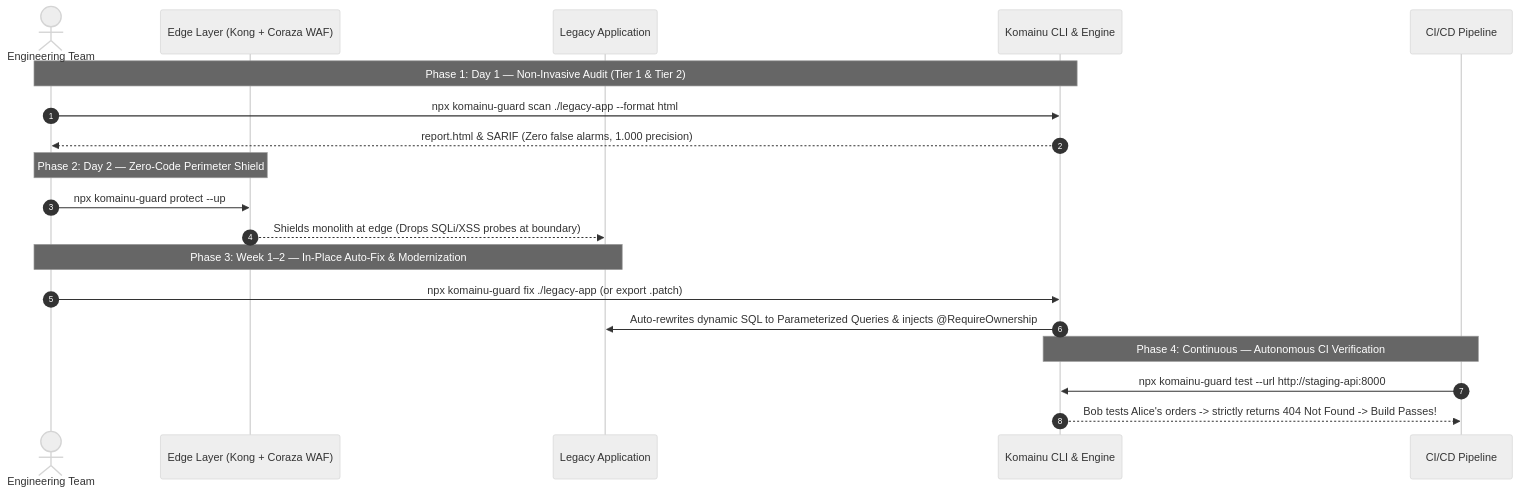
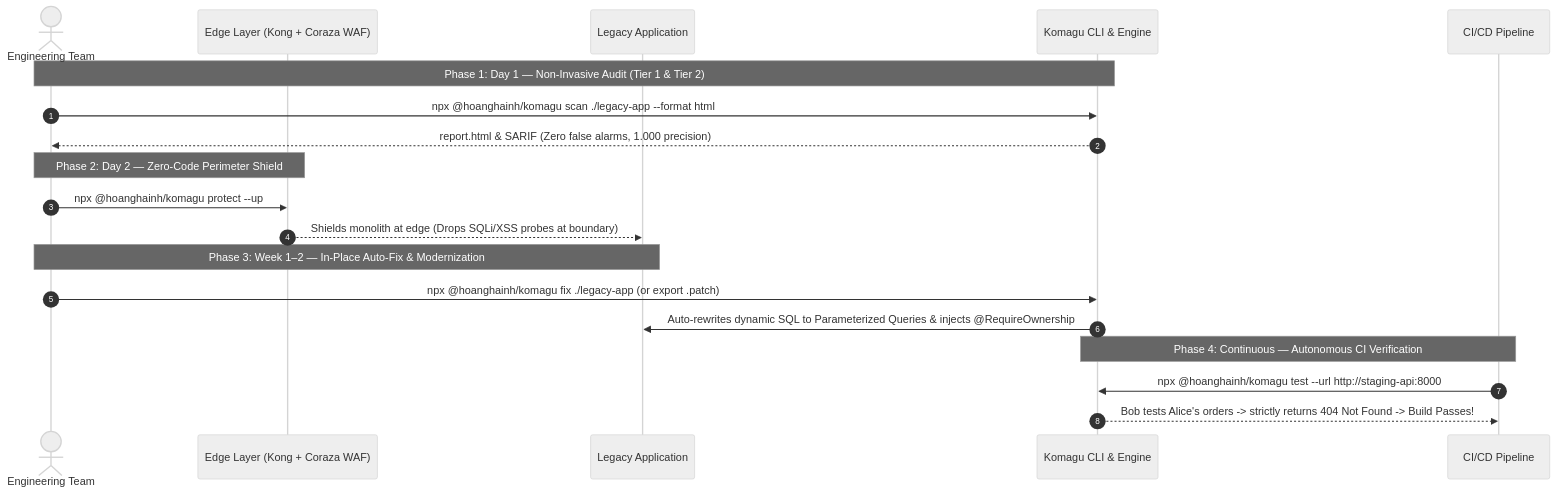
The diagram in README.md (hoanghainh1188/komagu), drawn with Mermaid (neutral theme) before and after one commit. The commit also changed other lines of this file and 56 other files, not shown here.

Commit message:
docs: rename LSA, contracts, docs and demo app to Komagu; add ADR-0007 (#303)

````diff
--- a/README.md
+++ b/README.md
@@ -59,25 +59,25 @@
 ```mermaid
 sequenceDiagram
     autonumber
     actor Team as Engineering Team
     participant Edge as Edge Layer (Kong + Coraza WAF)
     participant Legacy as Legacy Application
-    participant Komainu as Komainu CLI & Engine
+    participant Komagu as Komagu CLI & Engine
     participant CI as CI/CD Pipeline
 
-    Note over Team,Komainu: Phase 1: Day 1 — Non-Invasive Audit (Tier 1 & Tier 2)
-    Team->>Komainu: npx komainu-guard scan ./legacy-app --format html
-    Komainu-->>Team: report.html & SARIF (Zero false alarms, 1.000 precision)
+    Note over Team,Komagu: Phase 1: Day 1 — Non-Invasive Audit (Tier 1 & Tier 2)
+    Team->>Komagu: npx @hoanghainh/komagu scan ./legacy-app --format html
+    Komagu-->>Team: report.html & SARIF (Zero false alarms, 1.000 precision)
 
     Note over Team,Edge: Phase 2: Day 2 — Zero-Code Perimeter Shield
-    Team->>Edge: npx komainu-guard protect --up
+    Team->>Edge: npx @hoanghainh/komagu protect --up
     Edge-->>Legacy: Shields monolith at edge (Drops SQLi/XSS probes at boundary)
 
     Note over Team,Legacy: Phase 3: Week 1–2 — In-Place Auto-Fix & Modernization
-    Team->>Komainu: npx komainu-guard fix ./legacy-app (or export .patch)
-    Komainu->>Legacy: Auto-rewrites dynamic SQL to Parameterized Queries & injects @RequireOwnership
+    Team->>Komagu: npx @hoanghainh/komagu fix ./legacy-app (or export .patch)
+    Komagu->>Legacy: Auto-rewrites dynamic SQL to Parameterized Queries & injects @RequireOwnership
 
-    Note over CI,Komainu: Phase 4: Continuous — Autonomous CI Verification
-    CI->>Komainu: npx komainu-guard test --url http://staging-api:8000
-    Komainu-->>CI: Bob tests Alice's orders -> strictly returns 404 Not Found -> Build Passes!
+    Note over CI,Komagu: Phase 4: Continuous — Autonomous CI Verification
+    CI->>Komagu: npx @hoanghainh/komagu test --url http://staging-api:8000
+    Komagu-->>CI: Bob tests Alice's orders -> strictly returns 404 Not Found -> Build Passes!
 ```
````
